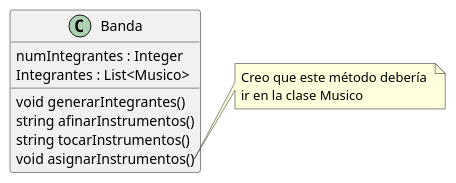
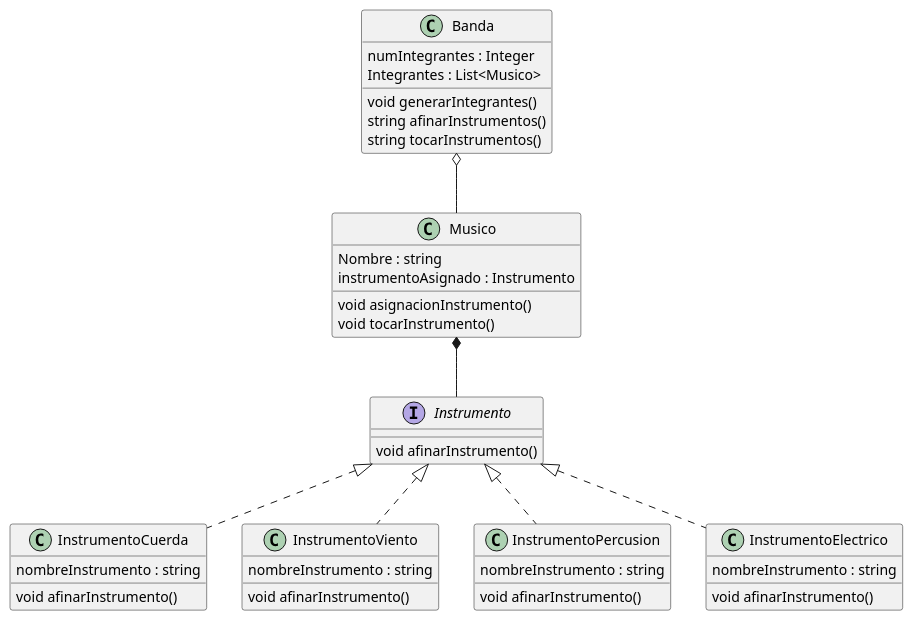
Before and after one commit to Arlo-O/RepoModelosII: the diagram in UMLBanda/Clases.plantuml, drawn with PlantUML.

Commit message:
Creación del diagrama de clases inicial para el problema de la banda aleatoria

```diff
--- a/UMLBanda/Clases.plantuml
+++ b/UMLBanda/Clases.plantuml
@@ -1,21 +1,60 @@
 @startuml BandaUml
 
 class Banda {
     numIntegrantes : Integer
     Integrantes : List<Musico>
 
     void generarIntegrantes()
     string afinarInstrumentos()
     string tocarInstrumentos()
-    void asignarInstrumentos()
+}
+
+interface Instrumento {
+  void afinarInstrumento()
+}
+
+class InstrumentoCuerda {
+  nombreInstrumento : string
+
+  void afinarInstrumento()
+}
+
+class InstrumentoViento {
+  nombreInstrumento : string
+
+  void afinarInstrumento()
+}
+
+class InstrumentoPercusion {
+  nombreInstrumento : string
+
+  void afinarInstrumento()
+}
+
+class InstrumentoElectrico{
+  nombreInstrumento : string
+
+  void afinarInstrumento()
+}
+
+class Musico {
+  Nombre : string
+  instrumentoAsignado : Instrumento
+
+  void asignacionInstrumento()
+  void tocarInstrumento()
 }
 
 
-
-
+Banda o-- Musico
+Musico *-- Instrumento
+Instrumento <|.. InstrumentoCuerda
+Instrumento <|.. InstrumentoViento
+Instrumento <|.. InstrumentoPercusion
+Instrumento <|.. InstrumentoElectrico
 
 note right of Banda::asignarInstrumentos
   Creo que este método debería 
   ir en la clase Musico
 end note
 @enduml
```
